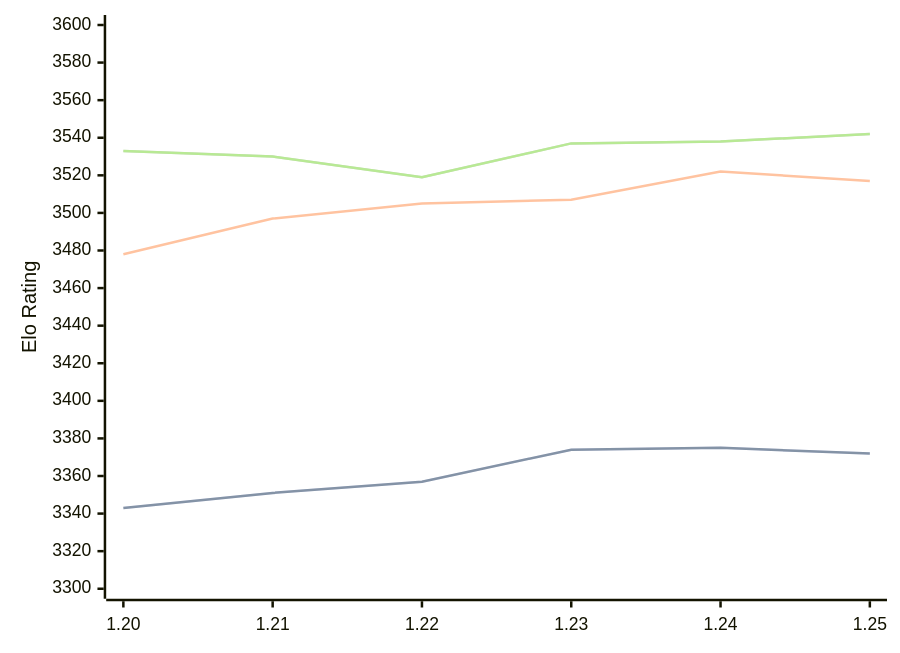
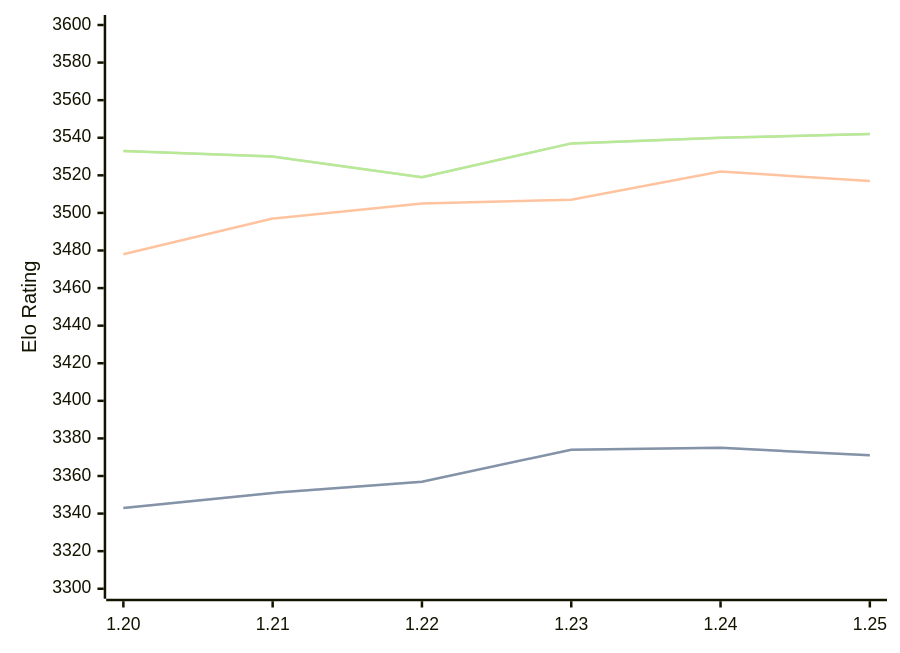
Before and after one commit to computer-chess-index/cci: the first of 3 diagrams in engines/Caissa.md, drawn with Mermaid. The commit also changed other lines of this file, not shown here.

Commit message:
Update CCI Ratings (ELO VLTC) - 2026-06-26

````diff
--- a/engines/Caissa.md
+++ b/engines/Caissa.md
@@ -65,11 +65,11 @@
 ```mermaid
 %%{init: {"theme":"base","themeVariables":{"seriesColors:['#a3a3a3','#222221','#faa371']}}}%%
 xychart-beta
   x-axis ["1.20", "1.21", "1.22", "1.23", "1.24", "1.25"]
   y-axis "Elo Rating" 3300 --> 3600
-  line "STC (8.0+0.08s)" [3343, 3351, 3357, 3374, 3375, 3372]
-  line "STC (8.0+0.08s)" [3343, 3351, 3357, 3374, 3375, 3372]
+  line "STC (8.0+0.08s)" [3343, 3351, 3357, 3374, 3375, 3371]
+  line "STC (8.0+0.08s)" [3343, 3351, 3357, 3374, 3375, 3371]
   line "LTC (60.0+0.60s)" [3478, 3497, 3505, 3507, 3522, 3517]
-  line "VLTC (2m24s+1.12s)" [3533, 3530, 3519, 3537, 3538, 3542]
-  line "VLTC (2m24s+1.12s)" [3533, 3530, 3519, 3537, 3538, 3542]
+  line "VLTC (2m24s+1.12s)" [3533, 3530, 3519, 3537, 3540, 3542]
+  line "VLTC (2m24s+1.12s)" [3533, 3530, 3519, 3537, 3540, 3542]
 ```
````
